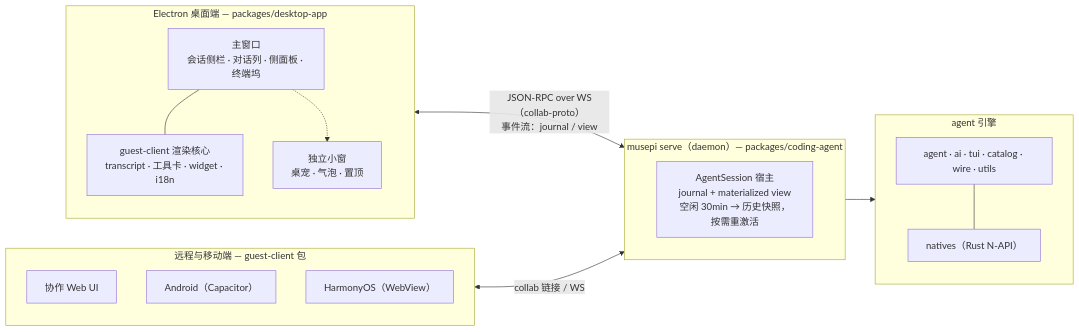
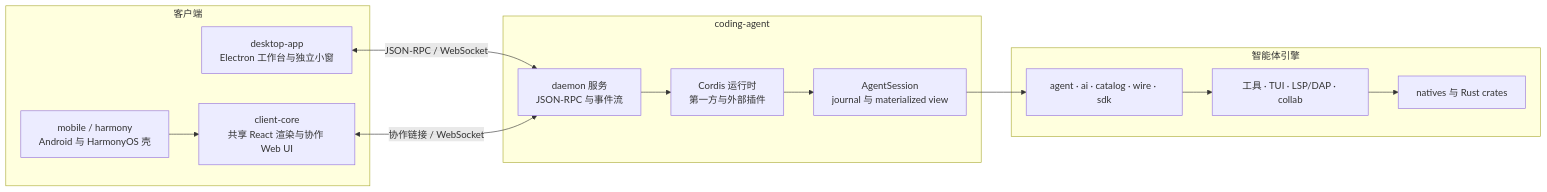
The diagram in README.zh-CN.md (MuseLinn/MusePi), drawn with Mermaid before and after one commit. The commit also changed other lines of this file and 41 other files, not shown here.

````diff
--- a/README.zh-CN.md
+++ b/README.zh-CN.md
@@ -132,33 +83,26 @@
 ```mermaid
 flowchart LR
-    subgraph DESKTOP["Electron 桌面端 — packages/desktop-app"]
-        direction TB
-        MW["主窗口<br/>会话侧栏 · 对话列 · 侧面板 · 终端坞"]
-        GC["guest-client 渲染核心<br/>transcript · 工具卡 · widget · i18n"]
-        PW["独立小窗<br/>桌宠 · 气泡 · 置顶"]
-        MW --- GC
-        MW -.-> PW
+    subgraph CLIENTS["客户端"]
+        DESKTOP["desktop-app<br/>Electron 工作台与独立小窗"]
+        WEB["client-core<br/>共享 React 渲染与协作 Web UI"]
+        MOBILE["mobile / harmony<br/>Android 与 HarmonyOS 壳"]
     end
 
-    subgraph REMOTE["远程与移动端 — guest-client 包"]
-        direction TB
-        WEB["协作 Web UI"]
-        AND["Android（Capacitor）"]
-        HAR["HarmonyOS（WebView）"]
+    subgraph HOST["coding-agent"]
+        RPC["daemon 服务<br/>JSON-RPC 与事件流"]
+        CORDIS["Cordis 运行时<br/>第一方与外部插件"]
+        SESSION["AgentSession<br/>journal 与 materialized view"]
     end
 
-    subgraph DAEMON["musepi serve（daemon）— packages/coding-agent"]
-        HOST["AgentSession 宿主<br/>journal + materialized view<br/>空闲 30min → 历史快照，按需重激活"]
+    subgraph ENGINE["智能体引擎"]
+        CORE["agent · ai · catalog · wire · sdk"]
+        TOOLS["工具 · TUI · LSP/DAP · collab"]
+        NATIVE["natives 与 Rust crates"]
     end
 
-    subgraph ENGINE["agent 引擎"]
-        direction TB
-        CORE["agent · ai · tui · catalog · wire · utils"]
-        NAT["natives（Rust N-API）"]
-        CORE --- NAT
-    end
-
-    DESKTOP <-- "JSON-RPC over WS（collab-proto）<br/>事件流：journal / view" --> DAEMON
-    REMOTE <-- "collab 链接 / WS" --> DAEMON
-    DAEMON --> ENGINE
+    DESKTOP <-- "JSON-RPC / WebSocket" --> RPC
+    WEB <-- "协作链接 / WebSocket" --> RPC
+    MOBILE --> WEB
+    RPC --> CORDIS --> SESSION --> CORE
+    CORE --> TOOLS --> NATIVE
 ```
````
